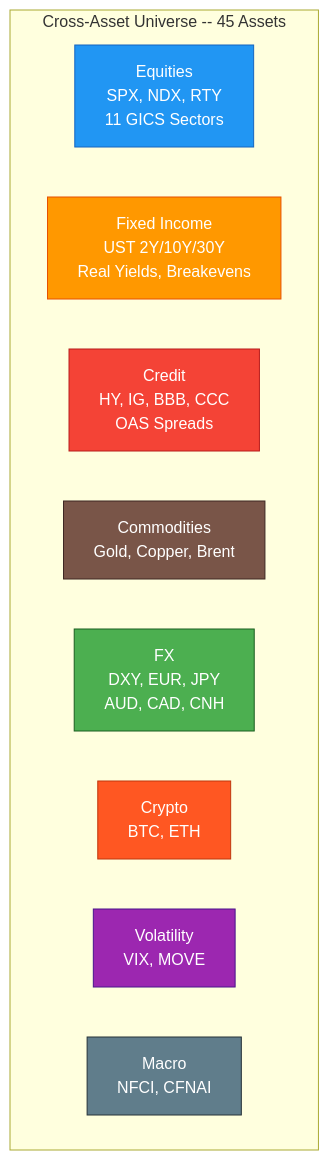
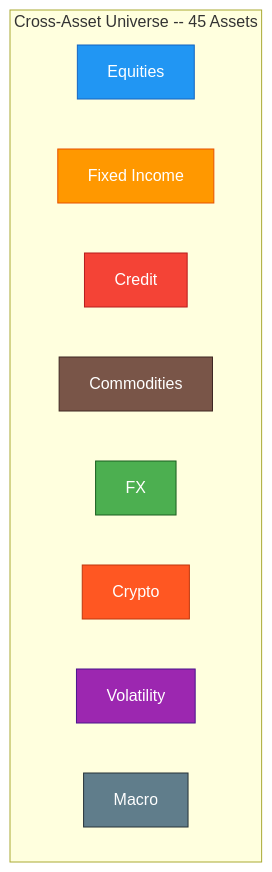
The second of 2 diagrams in README.md (AndrewFSee/cross-asset-lead-lag), drawn with Mermaid before and after one commit. The commit also changed other lines of this file, not shown here.

Commit message:
fix: simplify Mermaid nodes to single-line labels for GitHub compat

````diff
--- a/README.md
+++ b/README.md
@@ -76,22 +87,22 @@
 ```mermaid
 graph TD
     subgraph universe ["Cross-Asset Universe  --  45 Assets"]
-        EQ["Equities\nSPX, NDX, RTY\n11 GICS Sectors"]
-        FI["Fixed Income\nUST 2Y/10Y/30Y\nReal Yields, Breakevens"]
-        CR["Credit\nHY, IG, BBB, CCC\nOAS Spreads"]
-        CO["Commodities\nGold, Copper, Brent"]
-        FX["FX\nDXY, EUR, JPY\nAUD, CAD, CNH"]
-        CY["Crypto\nBTC, ETH"]
-        VO["Volatility\nVIX, MOVE"]
-        MA["Macro\nNFCI, CFNAI"]
+        EQ["Equities"]
+        FI["Fixed Income"]
+        CR["Credit"]
+        CO["Commodities"]
+        FX["FX"]
+        CY["Crypto"]
+        VO["Volatility"]
+        MA["Macro"]
     end
 
     style EQ fill:#2196F3,stroke:#1565C0,color:#fff
     style FI fill:#FF9800,stroke:#E65100,color:#fff
     style CR fill:#f44336,stroke:#b71c1c,color:#fff
     style CO fill:#795548,stroke:#3E2723,color:#fff
     style FX fill:#4CAF50,stroke:#1B5E20,color:#fff
     style CY fill:#FF5722,stroke:#BF360C,color:#fff
     style VO fill:#9C27B0,stroke:#4A148C,color:#fff
     style MA fill:#607D8B,stroke:#263238,color:#fff
 ```
````
